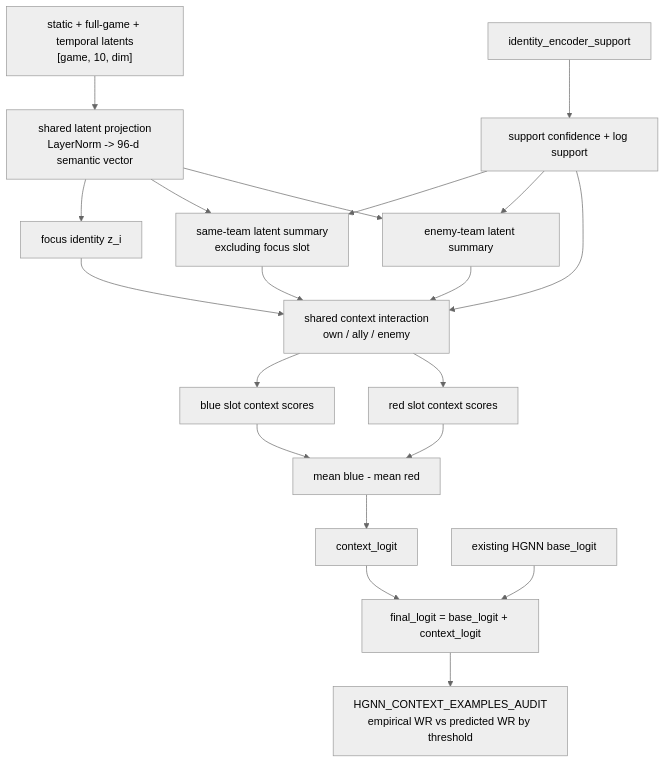
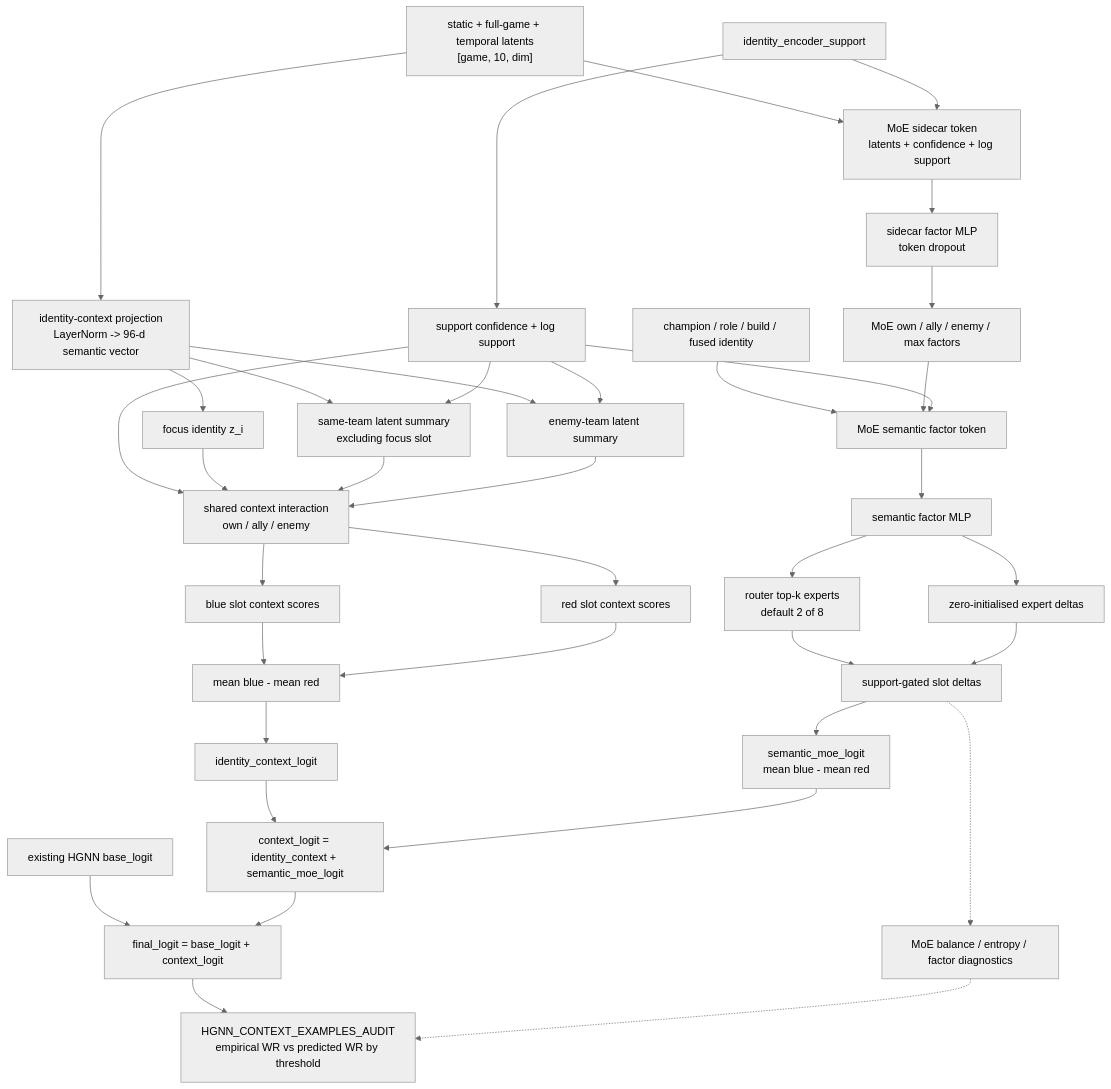
Before and after one commit to JackLGZimmerman/riot-api-ecosystem: the second of 2 diagrams in app/ml/documentation/HGNN_CURRENT.md, drawn with Mermaid (neutral theme). The commit also changed other lines of this file and 40 other files, not shown here.

````diff
--- a/app/ml/documentation/HGNN_CURRENT.md
+++ b/app/ml/documentation/HGNN_CURRENT.md
@@ -99,27 +137,46 @@
 ```mermaid
 flowchart TD
-    sidecars["static + full-game + temporal latents<br/>[game, 10, dim]"] --> proj["shared latent projection<br/>LayerNorm -> 96-d semantic vector"]
+    sidecars["static + full-game + temporal latents<br/>[game, 10, dim]"] --> proj["identity-context projection<br/>LayerNorm -> 96-d semantic vector"]
     support["identity_encoder_support"] --> gate["support confidence + log support"]
 
     proj --> own["focus identity z_i"]
     proj --> allies["same-team latent summary<br/>excluding focus slot"]
     proj --> enemies["enemy-team latent summary"]
 
     gate --> allies
     gate --> enemies
     gate --> score
 
     own --> score["shared context interaction<br/>own / ally / enemy"]
     allies --> score
     enemies --> score
 
     score --> blue["blue slot context scores"]
     score --> red["red slot context scores"]
     blue --> diff["mean blue - mean red"]
     red --> diff
-    diff --> context["context_logit"]
+    diff --> identity_context["identity_context_logit"]
+
+    sidecars --> sidecar_token["MoE sidecar token<br/>latents + confidence + log support"]
+    support --> sidecar_token
+    sidecar_token --> sidecar_factor["sidecar factor MLP<br/>token dropout"]
+    sidecar_factor --> moe_context["MoE own / ally / enemy / max factors"]
+    identity["champion / role / build / fused identity"] --> moe_token["MoE semantic factor token"]
+    moe_context --> moe_token
+    gate --> moe_token
+    moe_token --> factor["semantic factor MLP"]
+    factor --> router["router top-k experts<br/>default 2 of 8"]
+    factor --> experts["zero-initialised expert deltas"]
+    router --> moe_slots["support-gated slot deltas"]
+    experts --> moe_slots
+    moe_slots --> moe_logit["semantic_moe_logit<br/>mean blue - mean red"]
+    moe_slots -.-> moe_diag["MoE balance / entropy / factor diagnostics"]
+
+    identity_context --> context["context_logit = identity_context + semantic_moe_logit"]
+    moe_logit --> context
     base["existing HGNN base_logit"] --> final["final_logit = base_logit + context_logit"]
     context --> final
 
     final --> audit["HGNN_CONTEXT_EXAMPLES_AUDIT<br/>empirical WR vs predicted WR by threshold"]
+    moe_diag -.-> audit
 ```
````
